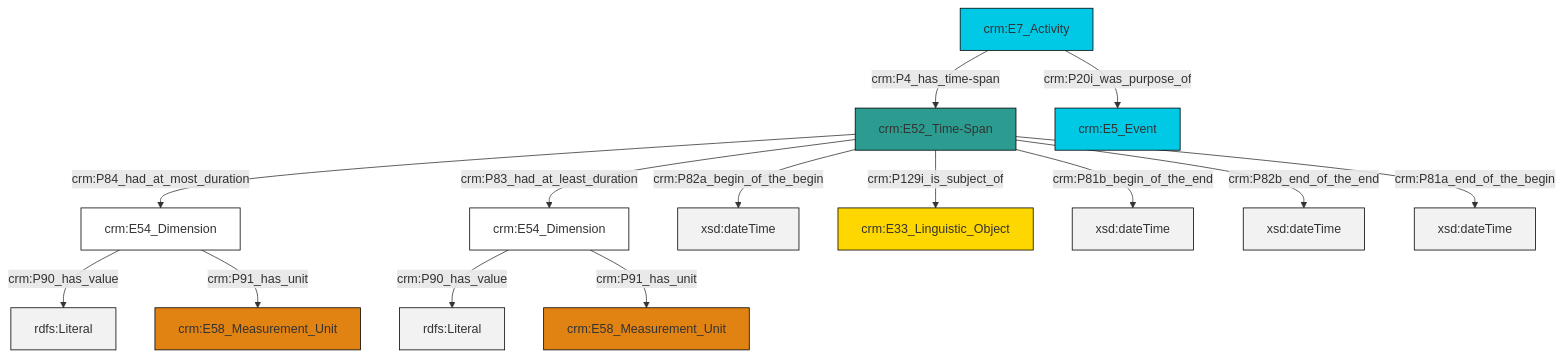
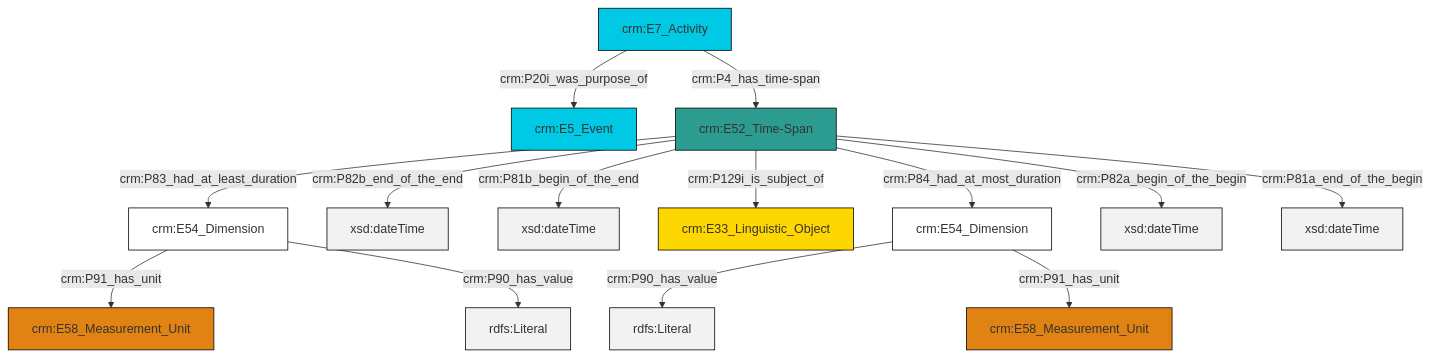
One commit to swiss-art-research-net/reference-data-models changed the diagram in et/eventCSV/ttl/mmd/event_existence.ttl.mmd. Above: the diagram before and after it, drawn with Mermaid. The commit also changed 126 other files, not shown here.

```diff
--- a/et/eventCSV/ttl/mmd/event_existence.ttl.mmd
+++ b/et/eventCSV/ttl/mmd/event_existence.ttl.mmd
@@ -1,28 +1,28 @@
 graph TD
 classDef Literal fill:#f2f2f2,stroke:#000000;
 classDef CRM_Entity fill:#FFFFFF,stroke:#000000;
 classDef Temporal_Entity fill:#00C9E6, stroke:#000000;
 classDef Type fill:#E18312, stroke:#000000;
 classDef Time-Span fill:#2C9C91, stroke:#000000;
 classDef Appellation fill:#FFEB7F, stroke:#000000;
 classDef Place fill:#008836, stroke:#000000;
 classDef Persistent_Item fill:#B266B2, stroke:#000000;
 classDef Conceptual_Object fill:#FFD700, stroke:#000000;
 classDef Physical_Thing fill:#D2B48C, stroke:#000000;
 classDef Actor fill:#f58aad, stroke:#000000;
 classDef PC_Classes fill:#4ce600, stroke:#000000;
 classDef Multi fill:#cccccc,stroke:#000000;
 
-4["crm:E54_Dimension"]:::CRM_Entity -->|crm:P90_has_value| 5[rdfs:Literal]:::Literal
-0["crm:E52_Time-Span"]:::Time-Span -->|crm:P82a_begin_of_the_begin| 6[xsd:dateTime]:::Literal
-7["crm:E7_Activity"]:::Temporal_Entity -->|crm:P4_has_time-span| 0["crm:E52_Time-Span"]:::Time-Span
-4["crm:E54_Dimension"]:::CRM_Entity -->|crm:P91_has_unit| 9["crm:E58_Measurement_Unit"]:::Type
-0["crm:E52_Time-Span"]:::Time-Span -->|crm:P84_had_at_most_duration| 4["crm:E54_Dimension"]:::CRM_Entity
-0["crm:E52_Time-Span"]:::Time-Span -->|crm:P81b_begin_of_the_end| 13[xsd:dateTime]:::Literal
-7["crm:E7_Activity"]:::Temporal_Entity -->|crm:P20i_was_purpose_of| 14["crm:E5_Event"]:::Temporal_Entity
-0["crm:E52_Time-Span"]:::Time-Span -->|crm:P82b_end_of_the_end| 15[xsd:dateTime]:::Literal
-2["crm:E54_Dimension"]:::CRM_Entity -->|crm:P90_has_value| 17[rdfs:Literal]:::Literal
-0["crm:E52_Time-Span"]:::Time-Span -->|crm:P83_had_at_least_duration| 2["crm:E54_Dimension"]:::CRM_Entity
-0["crm:E52_Time-Span"]:::Time-Span -->|crm:P129i_is_subject_of| 10["crm:E33_Linguistic_Object"]:::Conceptual_Object
-2["crm:E54_Dimension"]:::CRM_Entity -->|crm:P91_has_unit| 18["crm:E58_Measurement_Unit"]:::Type
-0["crm:E52_Time-Span"]:::Time-Span -->|crm:P81a_end_of_the_begin| 21[xsd:dateTime]:::Literal
+0["crm:E54_Dimension"]:::CRM_Entity -->|crm:P91_has_unit| 1["crm:E58_Measurement_Unit"]:::Type
+4["crm:E52_Time-Span"]:::Time-Span -->|crm:P82b_end_of_the_end| 5[xsd:dateTime]:::Literal
+4["crm:E52_Time-Span"]:::Time-Span -->|crm:P83_had_at_least_duration| 0["crm:E54_Dimension"]:::CRM_Entity
+4["crm:E52_Time-Span"]:::Time-Span -->|crm:P81b_begin_of_the_end| 6[xsd:dateTime]:::Literal
+4["crm:E52_Time-Span"]:::Time-Span -->|crm:P82a_begin_of_the_begin| 11[xsd:dateTime]:::Literal
+9["crm:E54_Dimension"]:::CRM_Entity -->|crm:P90_has_value| 12[rdfs:Literal]:::Literal
+13["crm:E7_Activity"]:::Temporal_Entity -->|crm:P20i_was_purpose_of| 2["crm:E5_Event"]:::Temporal_Entity
+4["crm:E52_Time-Span"]:::Time-Span -->|crm:P84_had_at_most_duration| 9["crm:E54_Dimension"]:::CRM_Entity
+4["crm:E52_Time-Span"]:::Time-Span -->|crm:P129i_is_subject_of| 7["crm:E33_Linguistic_Object"]:::Conceptual_Object
+13["crm:E7_Activity"]:::Temporal_Entity -->|crm:P4_has_time-span| 4["crm:E52_Time-Span"]:::Time-Span
+0["crm:E54_Dimension"]:::CRM_Entity -->|crm:P90_has_value| 20[rdfs:Literal]:::Literal
+4["crm:E52_Time-Span"]:::Time-Span -->|crm:P81a_end_of_the_begin| 21[xsd:dateTime]:::Literal
+9["crm:E54_Dimension"]:::CRM_Entity -->|crm:P91_has_unit| 18["crm:E58_Measurement_Unit"]:::Type
```
